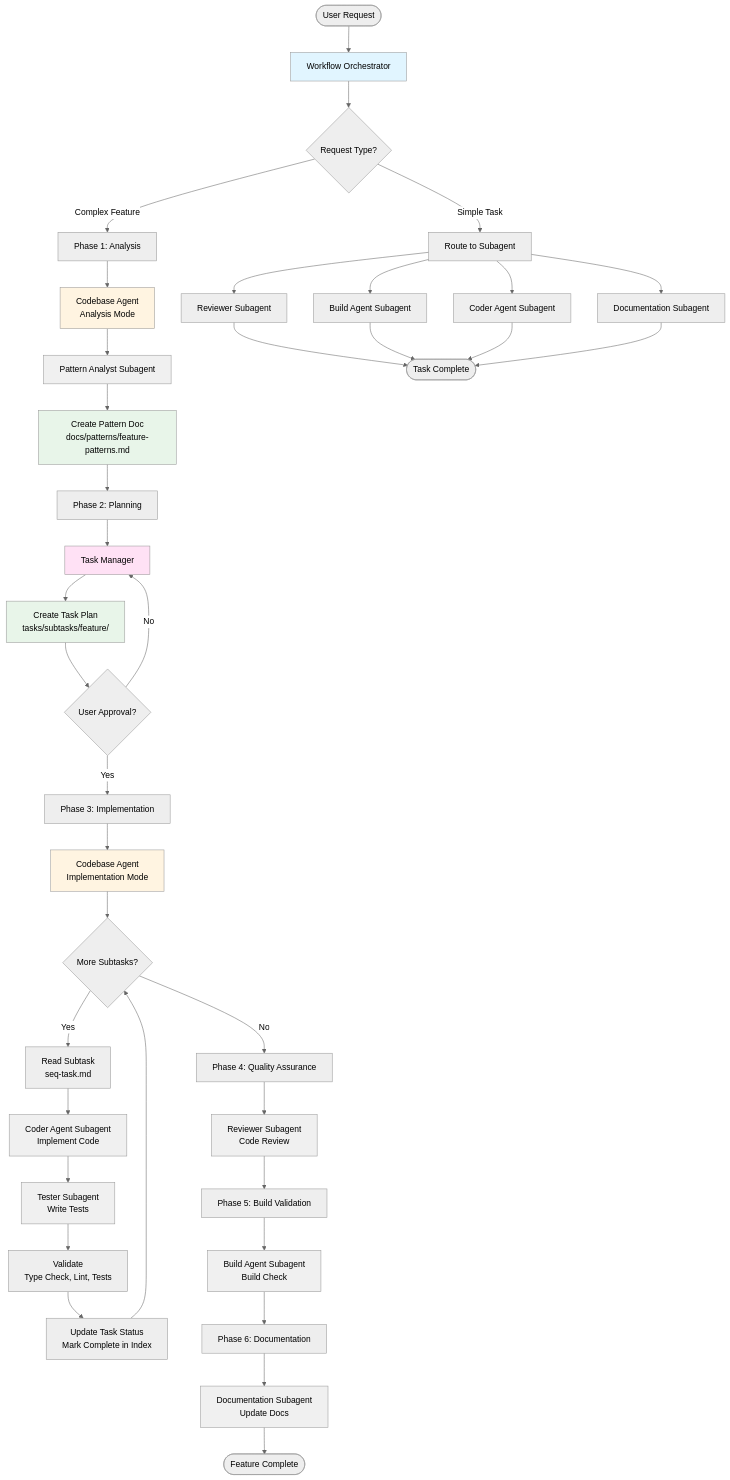
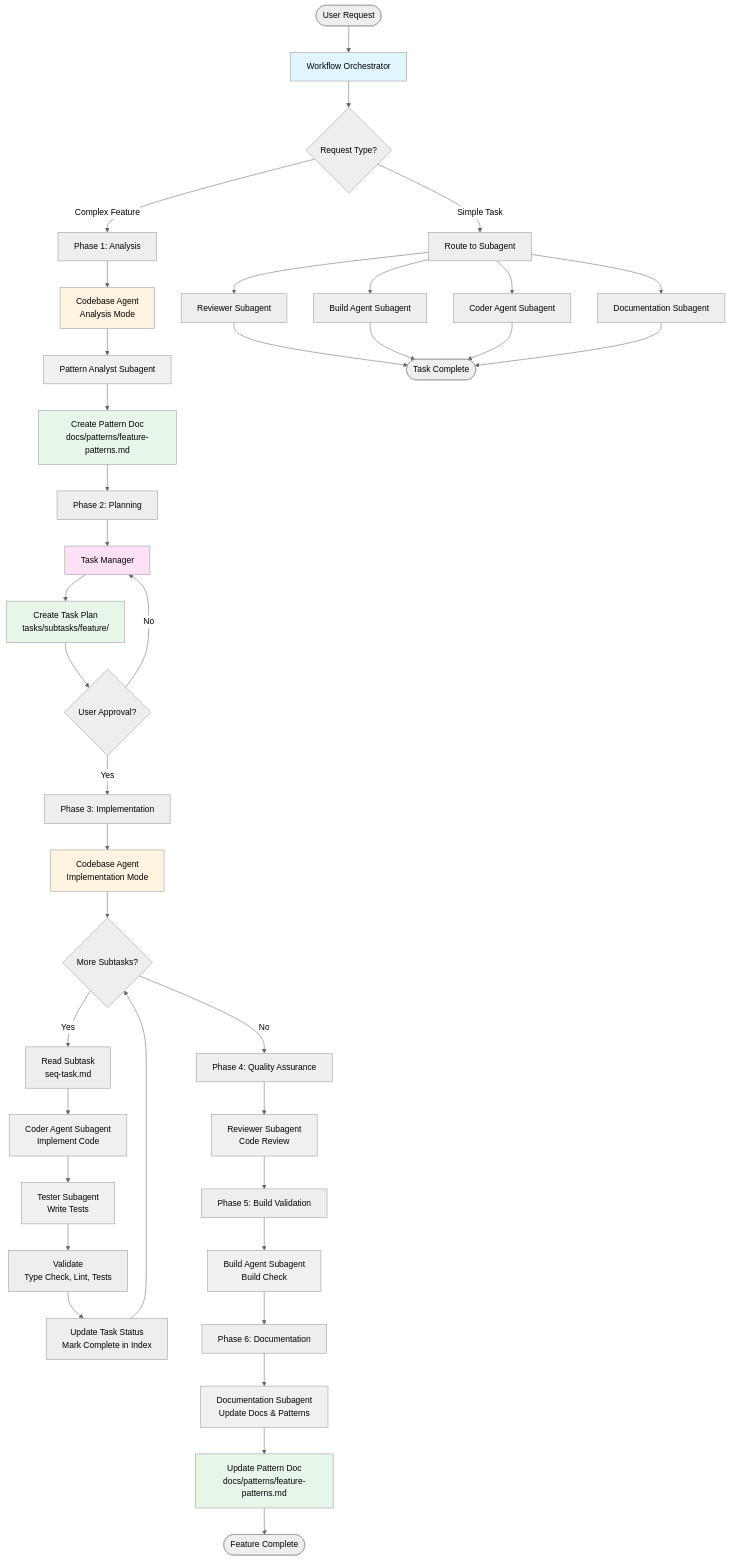
One commit to jesusidev/dotfiles changed the first of 3 diagrams in opencode/.config/opencode/workflow-diagram.md. Above: the diagram before and after it, drawn with Mermaid (neutral theme). The commit also changed other lines of this file and 1 other file, not shown here.

First line of the commit message:
feat(opencode): update pattern documentation during documentation phase

````diff
--- a/opencode/.config/opencode/workflow-diagram.md
+++ b/opencode/.config/opencode/workflow-diagram.md
@@ -5,66 +5,68 @@
 ```mermaid
 flowchart TD
     Start([User Request]) --> Orchestrator[Workflow Orchestrator]
     
     Orchestrator --> Decision{Request Type?}
     
     Decision -->|Simple Task| SimpleRoute[Route to Subagent]
     SimpleRoute --> Review[Reviewer Subagent]
     SimpleRoute --> Build[Build Agent Subagent]
     SimpleRoute --> Coder[Coder Agent Subagent]
     SimpleRoute --> Docs[Documentation Subagent]
     
     Decision -->|Complex Feature| Phase1[Phase 1: Analysis]
     
     Phase1 --> CodebaseAnalysis[Codebase Agent<br/>Analysis Mode]
     CodebaseAnalysis --> PatternAnalyst[Pattern Analyst Subagent]
     PatternAnalyst --> PatternDoc[Create Pattern Doc<br/>docs/patterns/feature-patterns.md]
     
     PatternDoc --> Phase2[Phase 2: Planning]
     Phase2 --> TaskManager[Task Manager]
     TaskManager --> TaskPlan[Create Task Plan<br/>tasks/subtasks/feature/]
     TaskPlan --> Approval{User Approval?}
     
     Approval -->|No| TaskManager
     Approval -->|Yes| Phase3[Phase 3: Implementation]
     
     Phase3 --> CodebaseImpl[Codebase Agent<br/>Implementation Mode]
     
     CodebaseImpl --> SubtaskLoop{More Subtasks?}
     
     SubtaskLoop -->|Yes| ReadSubtask[Read Subtask<br/>seq-task.md]
     ReadSubtask --> CoderAgent[Coder Agent Subagent<br/>Implement Code]
     CoderAgent --> TesterAgent[Tester Subagent<br/>Write Tests]
     TesterAgent --> Validate[Validate<br/>Type Check, Lint, Tests]
     Validate --> UpdateStatus[Update Task Status<br/>Mark Complete in Index]
     UpdateStatus --> SubtaskLoop
     
     SubtaskLoop -->|No| Phase4[Phase 4: Quality Assurance]
     
     Phase4 --> ReviewerAgent[Reviewer Subagent<br/>Code Review]
     ReviewerAgent --> Phase5[Phase 5: Build Validation]
     
     Phase5 --> BuildAgent[Build Agent Subagent<br/>Build Check]
     BuildAgent --> Phase6[Phase 6: Documentation]
     
-    Phase6 --> DocsAgent[Documentation Subagent<br/>Update Docs]
-    DocsAgent --> Complete([Feature Complete])
+    Phase6 --> DocsAgent[Documentation Subagent<br/>Update Docs & Patterns]
+    DocsAgent --> UpdatePatterns[Update Pattern Doc<br/>docs/patterns/feature-patterns.md]
+    UpdatePatterns --> Complete([Feature Complete])
     
     Review --> SimpleComplete([Task Complete])
     Build --> SimpleComplete
     Coder --> SimpleComplete
     Docs --> SimpleComplete
     
     style Orchestrator fill:#e1f5ff
     style CodebaseAnalysis fill:#fff4e1
     style TaskManager fill:#ffe1f5
     style CodebaseImpl fill:#fff4e1
     style PatternAnalyst fill:#f0f0f0
     style CoderAgent fill:#f0f0f0
     style TesterAgent fill:#f0f0f0
     style ReviewerAgent fill:#f0f0f0
     style BuildAgent fill:#f0f0f0
     style DocsAgent fill:#f0f0f0
     style PatternDoc fill:#e8f5e9
     style TaskPlan fill:#e8f5e9
+    style UpdatePatterns fill:#e8f5e9
 ```
````
